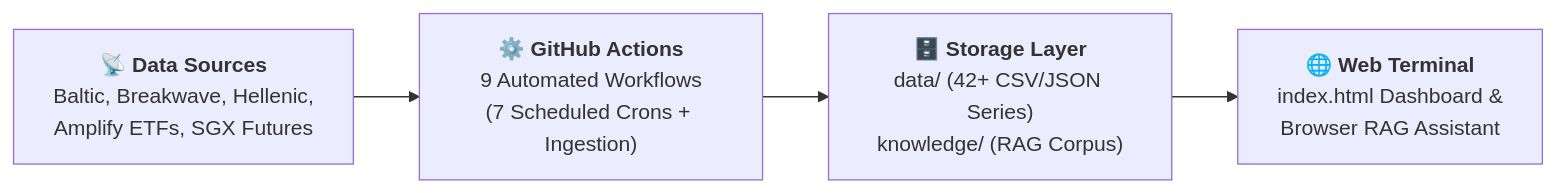
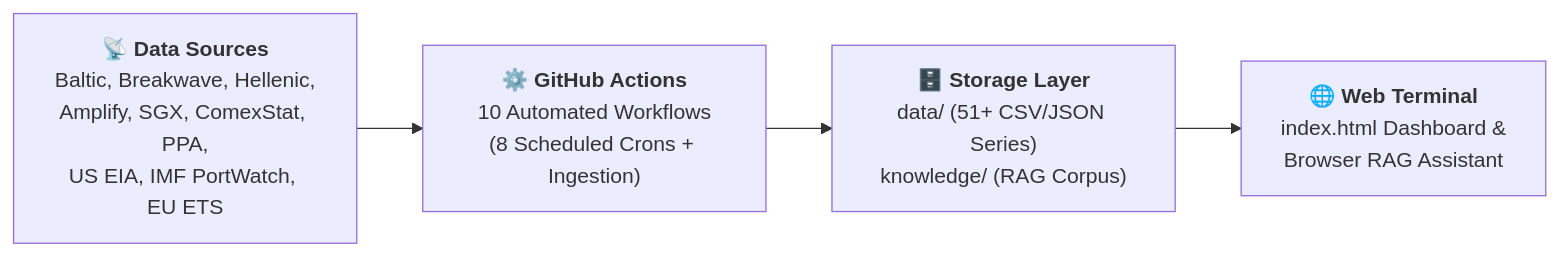
The first of 4 diagrams in README.md (yieldchaser/Shipping), drawn with Mermaid before and after one commit. The commit also changed 29 other files, not shown here.

Commit message:
Integrate upstream commodity flows, port congestion, EU ETS carbon and ton-mile simulator

````diff
--- a/README.md
+++ b/README.md
@@ -25,6 +25,6 @@
 ```mermaid
 flowchart LR
-    A["📡 <b>Data Sources</b><br/>Baltic, Breakwave, Hellenic,<br/>Amplify ETFs, SGX Futures"] --> B["⚙️ <b>GitHub Actions</b><br/>9 Automated Workflows<br/>(7 Scheduled Crons + Ingestion)"]
-    B --> C["🗄️ <b>Storage Layer</b><br/>data/ (42+ CSV/JSON Series)<br/>knowledge/ (RAG Corpus)"]
+    A["📡 <b>Data Sources</b><br/>Baltic, Breakwave, Hellenic,<br/>Amplify, SGX, ComexStat, PPA,<br/>US EIA, IMF PortWatch, EU ETS"] --> B["⚙️ <b>GitHub Actions</b><br/>10 Automated Workflows<br/>(8 Scheduled Crons + Ingestion)"]
+    B --> C["🗄️ <b>Storage Layer</b><br/>data/ (51+ CSV/JSON Series)<br/>knowledge/ (RAG Corpus)"]
     C --> D["🌐 <b>Web Terminal</b><br/>index.html Dashboard &<br/>Browser RAG Assistant"]
 ```
````
